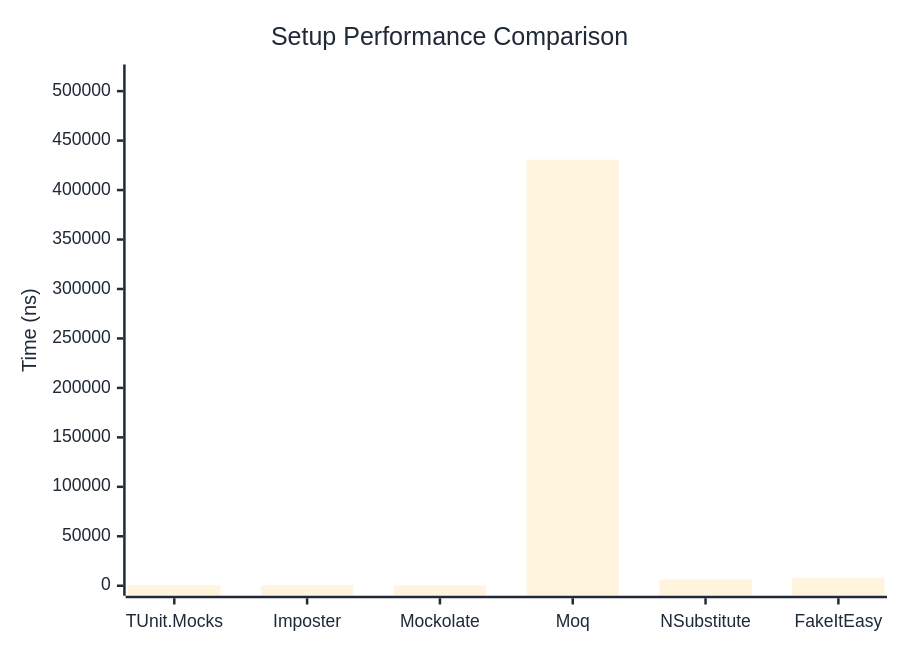
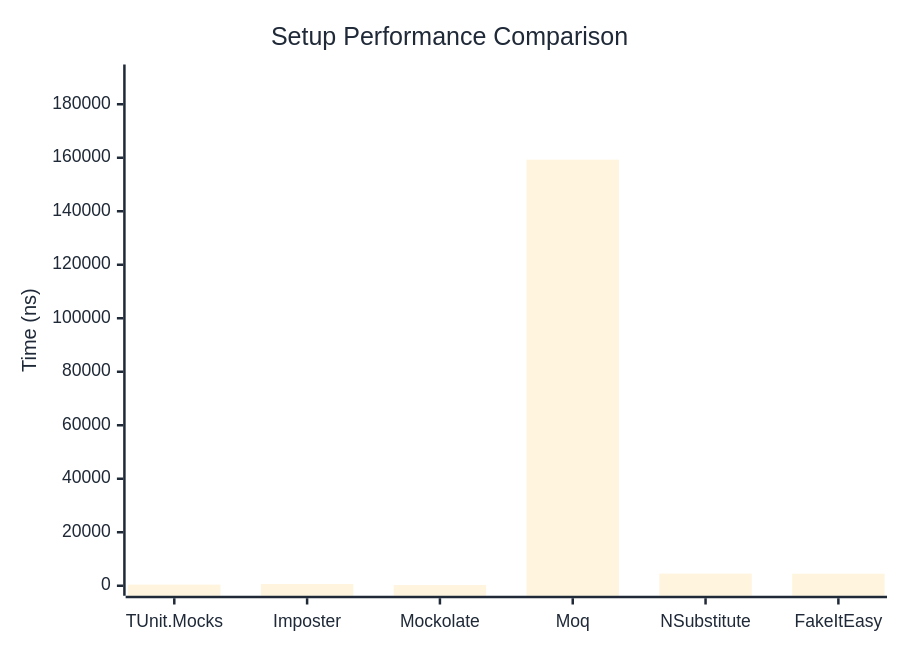
One commit to thomhurst/TUnit changed the first of 2 diagrams in docs/docs/benchmarks/mocks/Setup.md. Above: the diagram before and after it, drawn with Mermaid. The commit also changed other lines of this file and 14 other files, not shown here.

````diff
--- a/docs/docs/benchmarks/mocks/Setup.md
+++ b/docs/docs/benchmarks/mocks/Setup.md
@@ -30,27 +30,27 @@
 ```mermaid
 %%{init: {
   'theme':'base',
   'themeVariables': {
     'primaryColor': '#2563eb',
     'primaryTextColor': '#1f2937',
     'primaryBorderColor': '#1e40af',
     'lineColor': '#6b7280',
     'secondaryColor': '#7c3aed',
     'tertiaryColor': '#dc2626',
     'background': '#ffffff',
     'pie1': '#2563eb',
     'pie2': '#7c3aed',
     'pie3': '#dc2626',
     'pie4': '#f59e0b',
     'pie5': '#10b981',
     'pie6': '#06b6d4',
     'pie7': '#ec4899',
     'pie8': '#6366f1'
   }
 }}%%
 xychart-beta
   title "Setup Performance Comparison"
   x-axis ["TUnit.Mocks", "Imposter", "Mockolate", "Moq", "NSubstitute", "FakeItEasy"]
-  y-axis "Time (ns)" 0 --> 516821
-  bar [509.9, 815.1, 309.1, 430684, 6253.1, 7739.4]
+  y-axis "Time (ns)" 0 --> 191123
+  bar [428, 631.9, 247.7, 159268.4, 4525.9, 4487.9]
 ```
````
